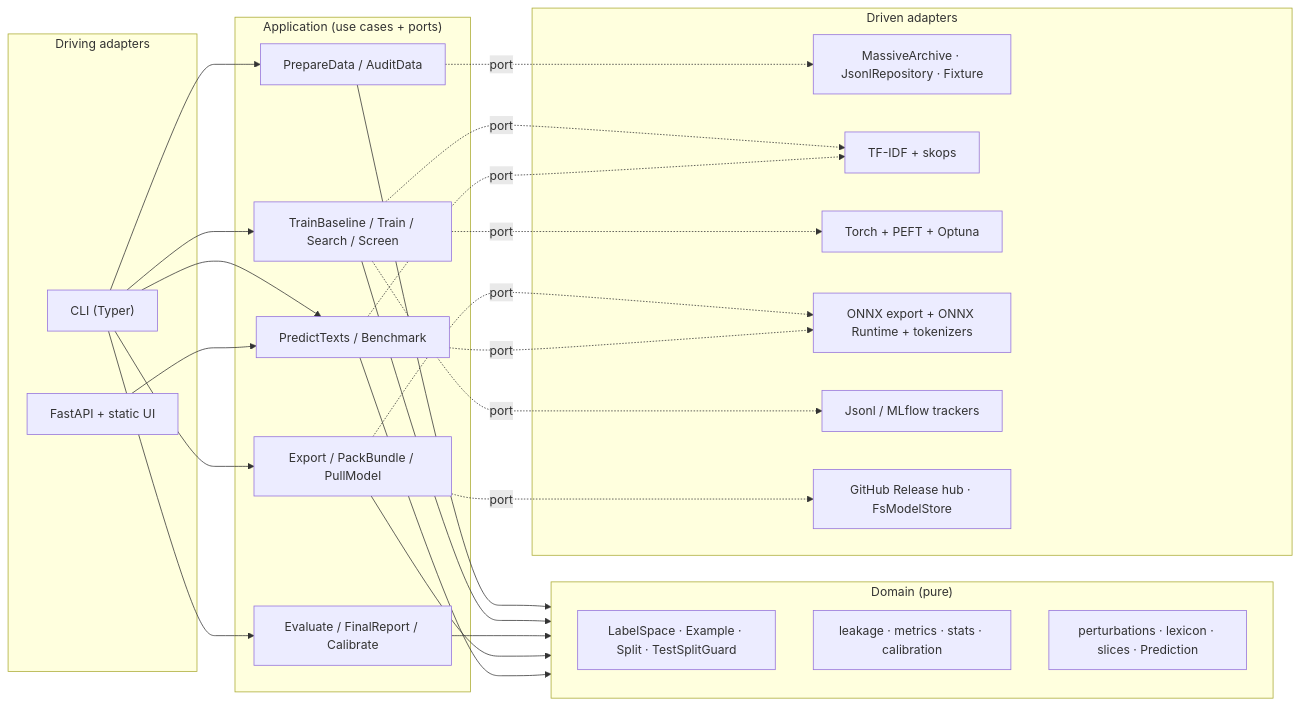
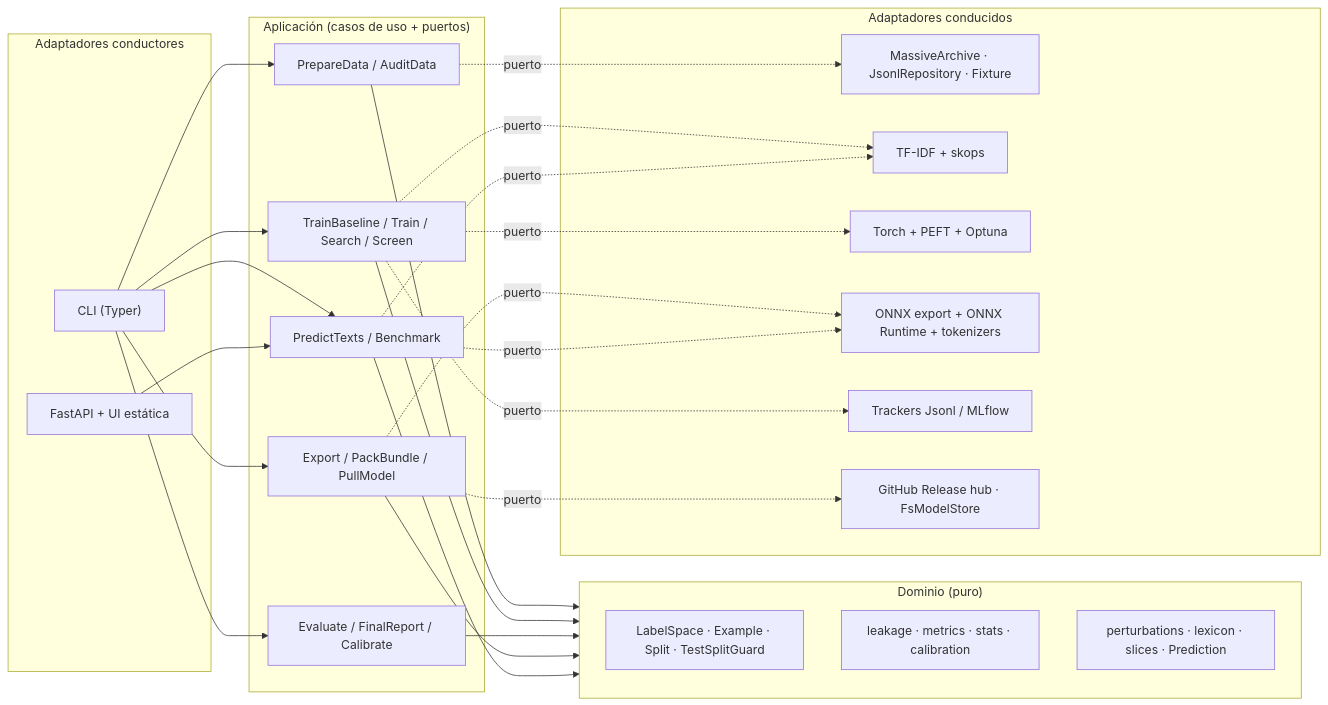
The first of 2 diagrams in docs/ARCHITECTURE.md (Eduardo12Pacheco/clasificador-de-texto-lora), drawn with Mermaid before and after one commit. The commit also changed other lines of this file and 2 other files, not shown here.

First line of the commit message:
docs(architecture): translate the architecture and API guides to Spanish

````diff
--- a/docs/ARCHITECTURE.md
+++ b/docs/ARCHITECTURE.md
@@ -41,34 +40,34 @@
 ```mermaid
 flowchart LR
-  subgraph Driving["Driving adapters"]
+  subgraph Driving["Adaptadores conductores"]
     CLI["CLI (Typer)"]
-    API["FastAPI + static UI"]
+    API["FastAPI + UI estática"]
   end
-  subgraph App["Application (use cases + ports)"]
+  subgraph App["Aplicación (casos de uso + puertos)"]
     UC1["PrepareData / AuditData"]
     UC2["TrainBaseline / Train / Search / Screen"]
     UC3["Evaluate / FinalReport / Calibrate"]
     UC4["Export / PackBundle / PullModel"]
     UC5["PredictTexts / Benchmark"]
   end
-  subgraph Dom["Domain (pure)"]
+  subgraph Dom["Dominio (puro)"]
     D1["LabelSpace · Example · Split · TestSplitGuard"]
     D2["leakage · metrics · stats · calibration"]
     D3["perturbations · lexicon · slices · Prediction"]
   end
-  subgraph Driven["Driven adapters"]
+  subgraph Driven["Adaptadores conducidos"]
     A1["MassiveArchive · JsonlRepository · Fixture"]
     A2["TF-IDF + skops"]
     A3["Torch + PEFT + Optuna"]
     A4["ONNX export + ONNX Runtime + tokenizers"]
-    A5["Jsonl / MLflow trackers"]
+    A5["Trackers Jsonl / MLflow"]
     A6["GitHub Release hub · FsModelStore"]
   end
   CLI --> UC1 & UC2 & UC3 & UC4 & UC5
   API --> UC5
   UC1 & UC2 & UC3 & UC4 & UC5 --> Dom
-  UC1 -. port .-> A1
-  UC2 -. port .-> A2 & A3 & A5
-  UC4 -. port .-> A4 & A6
-  UC5 -. port .-> A4 & A2
+  UC1 -. puerto .-> A1
+  UC2 -. puerto .-> A2 & A3 & A5
+  UC4 -. puerto .-> A4 & A6
+  UC5 -. puerto .-> A4 & A2
 ```
````
